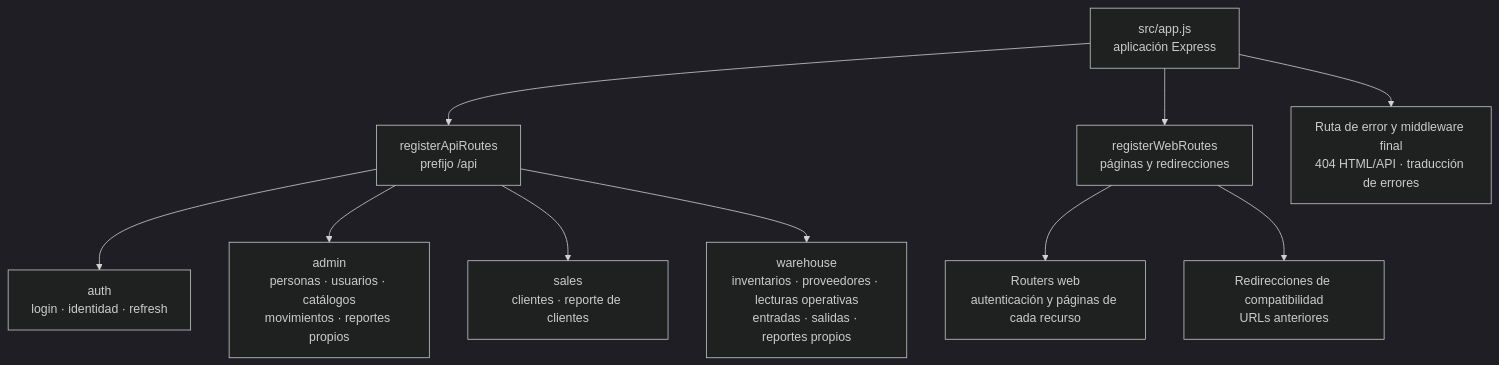
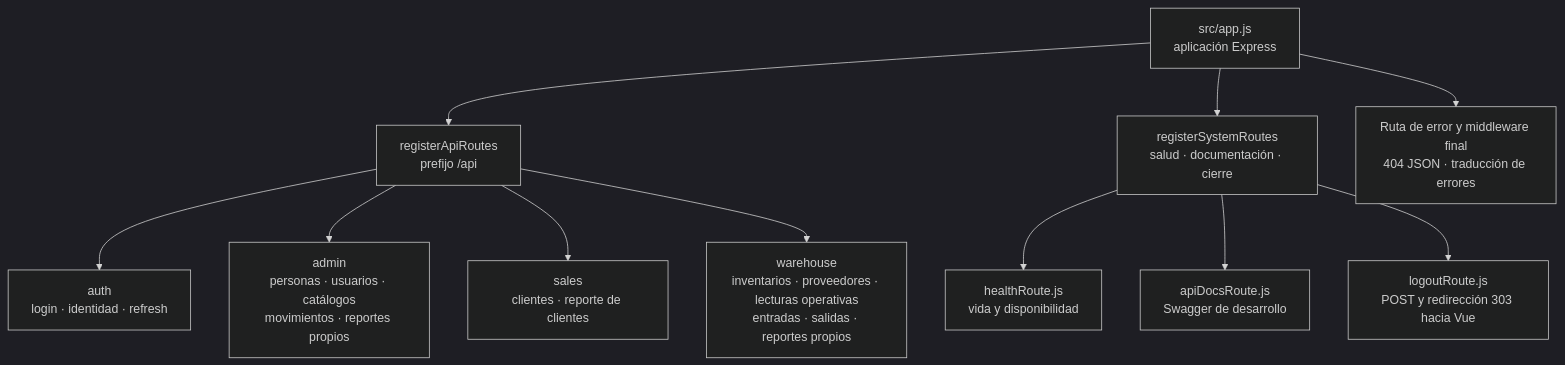
The diagram in back/docs/architecture/views/development/code-structure/02-http-entry-points.md (gpgsistemas01/nexus), drawn with Mermaid (dark theme) before and after one commit. The commit also changed other lines of this file and 956 other files, not shown here.

````diff
--- a/back/docs/architecture/views/development/code-structure/02-http-entry-points.md
+++ b/back/docs/architecture/views/development/code-structure/02-http-entry-points.md
@@ -12,12 +12,13 @@
 ```mermaid
 flowchart TB
     app["src/app.js<br/>aplicación Express"] --> api["registerApiRoutes<br/>prefijo /api"]
-    app --> web["registerWebRoutes<br/>páginas y redirecciones"]
+    app --> web["registerSystemRoutes<br/>salud · documentación · cierre"]
     api --> auth["auth<br/>login · identidad · refresh"]
     api --> admin["admin<br/>personas · usuarios · catálogos<br/>movimientos · reportes propios"]
     api --> sales["sales<br/>clientes · reporte de clientes"]
     api --> warehouse["warehouse<br/>inventarios · proveedores · lecturas operativas<br/>entradas · salidas · reportes propios"]
-    web --> pages["Routers web<br/>autenticación y páginas de cada recurso"]
-    web --> redirects["Redirecciones de compatibilidad<br/>URLs anteriores"]
-    app --> fallback["Ruta de error y middleware final<br/>404 HTML/API · traducción de errores"]
+    web --> health["healthRoute.js<br/>vida y disponibilidad"]
+    web --> docs["apiDocsRoute.js<br/>Swagger de desarrollo"]
+    web --> logout["logoutRoute.js<br/>POST y redirección 303 hacia Vue"]
+    app --> fallback["Ruta de error y middleware final<br/>404 JSON · traducción de errores"]
 ```
````
